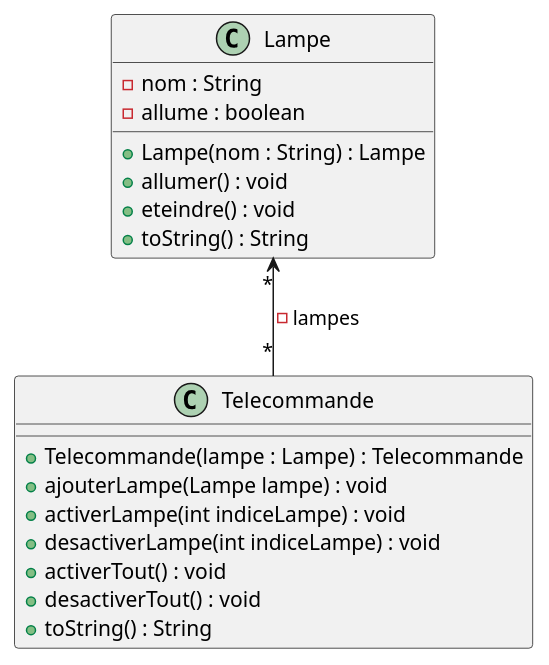
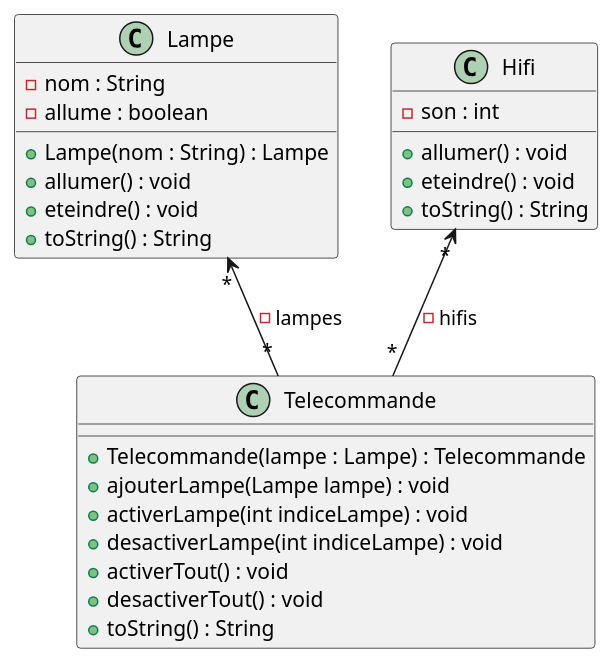
One commit to Zhi-Sheng-Trieu/2022_coo_domotique_Noel_Trieu changed the diagram in schema.puml. Above: the diagram before and after it, drawn with PlantUML.

Commit message:
modification du diagramme de classes

```diff
--- a/schema.puml
+++ b/schema.puml
@@ -1,25 +1,34 @@
 @startuml
 
 class Lampe{
     -nom : String
     -allume : boolean
     +Lampe(nom : String) : Lampe
     +allumer() : void
     +eteindre() : void
     +toString() : String
 }
 
 class Telecommande{
 
     +Telecommande(lampe : Lampe) : Telecommande
     +ajouterLampe(Lampe lampe) : void
     +activerLampe(int indiceLampe) : void
     +desactiverLampe(int indiceLampe) : void
     +activerTout() : void
     +desactiverTout() : void
     +toString() : String
 }
 
+class Hifi{
+    -son : int
+    +allumer() : void
+    +eteindre() : void
+    +toString() : String
+}
+
+
 Lampe "*" <-- "*" Telecommande : - lampes
+Hifi "*" <-- "*" Telecommande : - hifis
 
 @enduml
```
